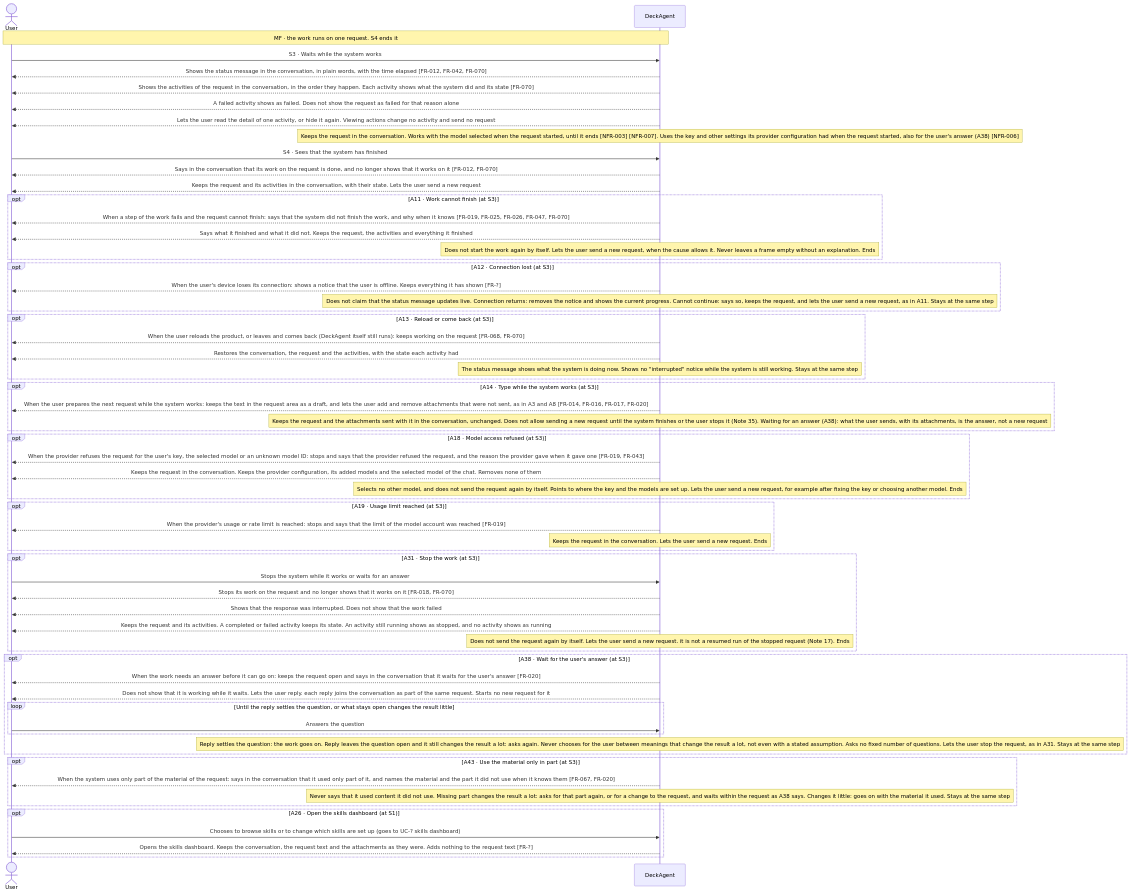
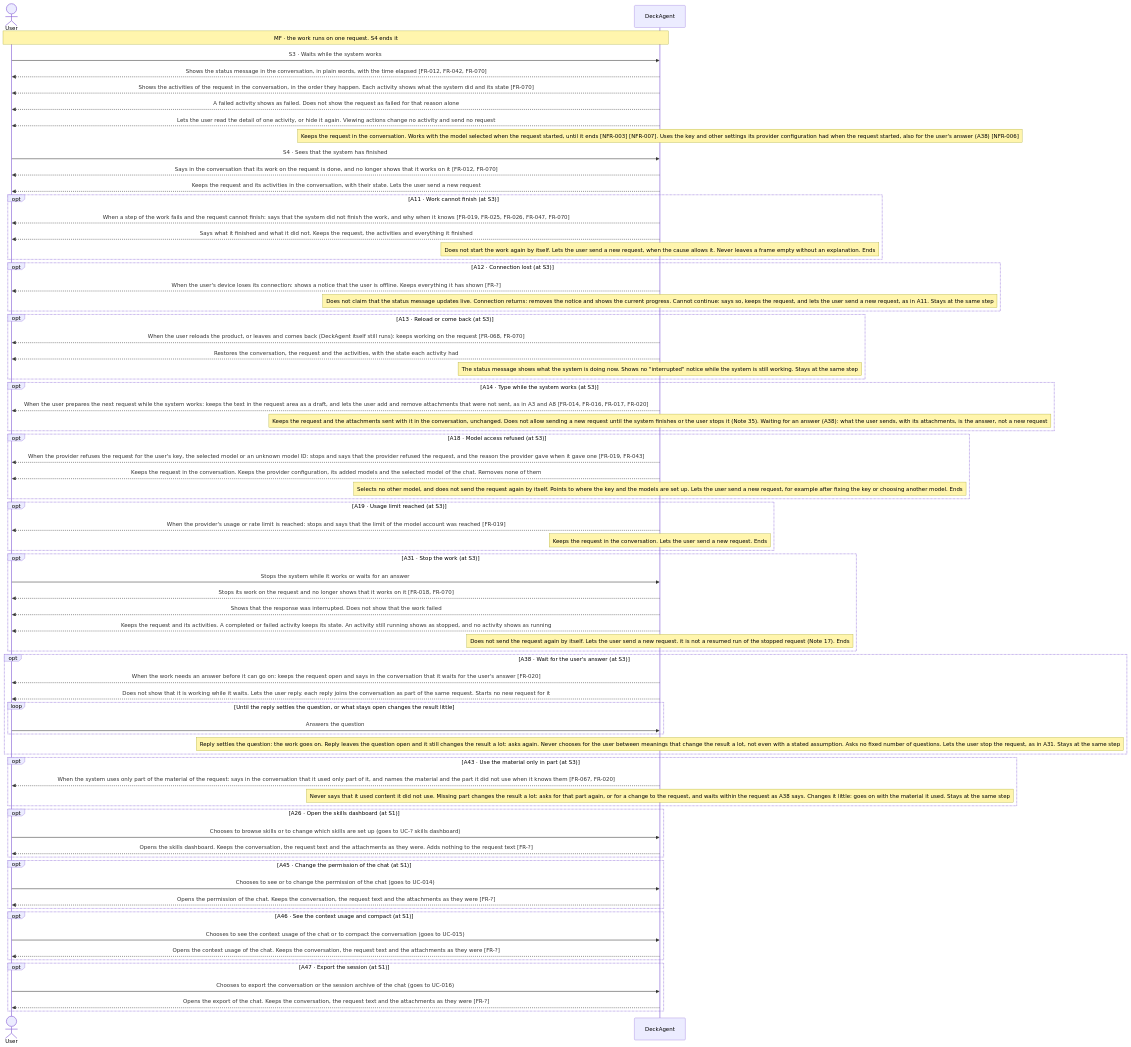
Before and after one commit to Luke23127006/DeckAgent: the fourth of 4 diagrams in docs/spec/03-use-cases/UC-003.md, drawn with Mermaid. The commit also changed other lines of this file and 30 other files, not shown here.

````diff
--- a/docs/spec/03-use-cases/UC-003.md
+++ b/docs/spec/03-use-cases/UC-003.md
@@ -150,65 +159,77 @@
 ```mermaid
 sequenceDiagram
     actor User
     participant DeckAgent
     Note over User,DeckAgent: MF · the work runs on one request. S4 ends it
     User->>DeckAgent: S3 · Waits while the system works
     DeckAgent-->>User: Shows the status message in the conversation, in plain words, with the time elapsed [FR-012, FR-042, FR-070]
     DeckAgent-->>User: Shows the activities of the request in the conversation, in the order they happen. Each activity shows what the system did and its state [FR-070]
     DeckAgent-->>User: A failed activity shows as failed. Does not show the request as failed for that reason alone
     DeckAgent-->>User: Lets the user read the detail of one activity, or hide it again. Viewing actions change no activity and send no request
     note over DeckAgent: Keeps the request in the conversation. Works with the model selected when the request started, until it ends [NFR-003] [NFR-007]. Uses the key and other settings its provider configuration had when the request started, also for the user's answer (A38) [NFR-006]
     User->>DeckAgent: S4 · Sees that the system has finished
     DeckAgent-->>User: Says in the conversation that its work on the request is done, and no longer shows that it works on it [FR-012, FR-070]
     DeckAgent-->>User: Keeps the request and its activities in the conversation, with their state. Lets the user send a new request
     opt A11 · Work cannot finish (at S3)
         DeckAgent-->>User: When a step of the work fails and the request cannot finish: says that the system did not finish the work, and why when it knows [FR-019, FR-025, FR-026, FR-047, FR-070]
         DeckAgent-->>User: Says what it finished and what it did not. Keeps the request, the activities and everything it finished
         note over DeckAgent: Does not start the work again by itself. Lets the user send a new request, when the cause allows it. Never leaves a frame empty without an explanation. Ends
     end
     opt A12 · Connection lost (at S3)
         DeckAgent-->>User: When the user's device loses its connection: shows a notice that the user is offline. Keeps everything it has shown [FR-?]
         note over DeckAgent: Does not claim that the status message updates live. Connection returns: removes the notice and shows the current progress. Cannot continue: says so, keeps the request, and lets the user send a new request, as in A11. Stays at the same step
     end
     opt A13 · Reload or come back (at S3)
         DeckAgent-->>User: When the user reloads the product, or leaves and comes back (DeckAgent itself still runs): keeps working on the request [FR-068, FR-070]
         DeckAgent-->>User: Restores the conversation, the request and the activities, with the state each activity had
         note over DeckAgent: The status message shows what the system is doing now. Shows no "interrupted" notice while the system is still working. Stays at the same step
     end
     opt A14 · Type while the system works (at S3)
         DeckAgent-->>User: When the user prepares the next request while the system works: keeps the text in the request area as a draft, and lets the user add and remove attachments that were not sent, as in A3 and A8 [FR-014, FR-016, FR-017, FR-020]
         note over DeckAgent: Keeps the request and the attachments sent with it in the conversation, unchanged. Does not allow sending a new request until the system finishes or the user stops it (Note 35). Waiting for an answer (A38): what the user sends, with its attachments, is the answer, not a new request
     end
     opt A18 · Model access refused (at S3)
         DeckAgent-->>User: When the provider refuses the request for the user's key, the selected model or an unknown model ID: stops and says that the provider refused the request, and the reason the provider gave when it gave one [FR-019, FR-043]
         DeckAgent-->>User: Keeps the request in the conversation. Keeps the provider configuration, its added models and the selected model of the chat. Removes none of them
         note over DeckAgent: Selects no other model, and does not send the request again by itself. Points to where the key and the models are set up. Lets the user send a new request, for example after fixing the key or choosing another model. Ends
     end
     opt A19 · Usage limit reached (at S3)
         DeckAgent-->>User: When the provider's usage or rate limit is reached: stops and says that the limit of the model account was reached [FR-019]
         note over DeckAgent: Keeps the request in the conversation. Lets the user send a new request. Ends
     end
     opt A31 · Stop the work (at S3)
         User->>DeckAgent: Stops the system while it works or waits for an answer
         DeckAgent-->>User: Stops its work on the request and no longer shows that it works on it [FR-018, FR-070]
         DeckAgent-->>User: Shows that the response was interrupted. Does not show that the work failed
         DeckAgent-->>User: Keeps the request and its activities. A completed or failed activity keeps its state. An activity still running shows as stopped, and no activity shows as running
         note over DeckAgent: Does not send the request again by itself. Lets the user send a new request. it is not a resumed run of the stopped request (Note 17). Ends
     end
     opt A38 · Wait for the user's answer (at S3)
         DeckAgent-->>User: When the work needs an answer before it can go on: keeps the request open and says in the conversation that it waits for the user's answer [FR-020]
         DeckAgent-->>User: Does not show that it is working while it waits. Lets the user reply. each reply joins the conversation as part of the same request. Starts no new request for it
         loop Until the reply settles the question, or what stays open changes the result little
             User->>DeckAgent: Answers the question
         end
         note over DeckAgent: Reply settles the question: the work goes on. Reply leaves the question open and it still changes the result a lot: asks again. Never chooses for the user between meanings that change the result a lot, not even with a stated assumption. Asks no fixed number of questions. Lets the user stop the request, as in A31. Stays at the same step
     end
     opt A43 · Use the material only in part (at S3)
         DeckAgent-->>User: When the system uses only part of the material of the request: says in the conversation that it used only part of it, and names the material and the part it did not use when it knows them [FR-067, FR-020]
         note over DeckAgent: Never says that it used content it did not use. Missing part changes the result a lot: asks for that part again, or for a change to the request, and waits within the request as A38 says. Changes it little: goes on with the material it used. Stays at the same step
     end
     opt A26 · Open the skills dashboard (at S1)
         User->>DeckAgent: Chooses to browse skills or to change which skills are set up (goes to UC-? skills dashboard)
         DeckAgent-->>User: Opens the skills dashboard. Keeps the conversation, the request text and the attachments as they were. Adds nothing to the request text [FR-?]
     end
+    opt A45 · Change the permission of the chat (at S1)
+        User->>DeckAgent: Chooses to see or to change the permission of the chat (goes to UC-014)
+        DeckAgent-->>User: Opens the permission of the chat. Keeps the conversation, the request text and the attachments as they were [FR-?]
+    end
+    opt A46 · See the context usage and compact (at S1)
+        User->>DeckAgent: Chooses to see the context usage of the chat or to compact the conversation (goes to UC-015)
+        DeckAgent-->>User: Opens the context usage of the chat. Keeps the conversation, the request text and the attachments as they were [FR-?]
+    end
+    opt A47 · Export the session (at S1)
+        User->>DeckAgent: Chooses to export the conversation or the session archive of the chat (goes to UC-016)
+        DeckAgent-->>User: Opens the export of the chat. Keeps the conversation, the request text and the attachments as they were [FR-?]
+    end
 ```
````
